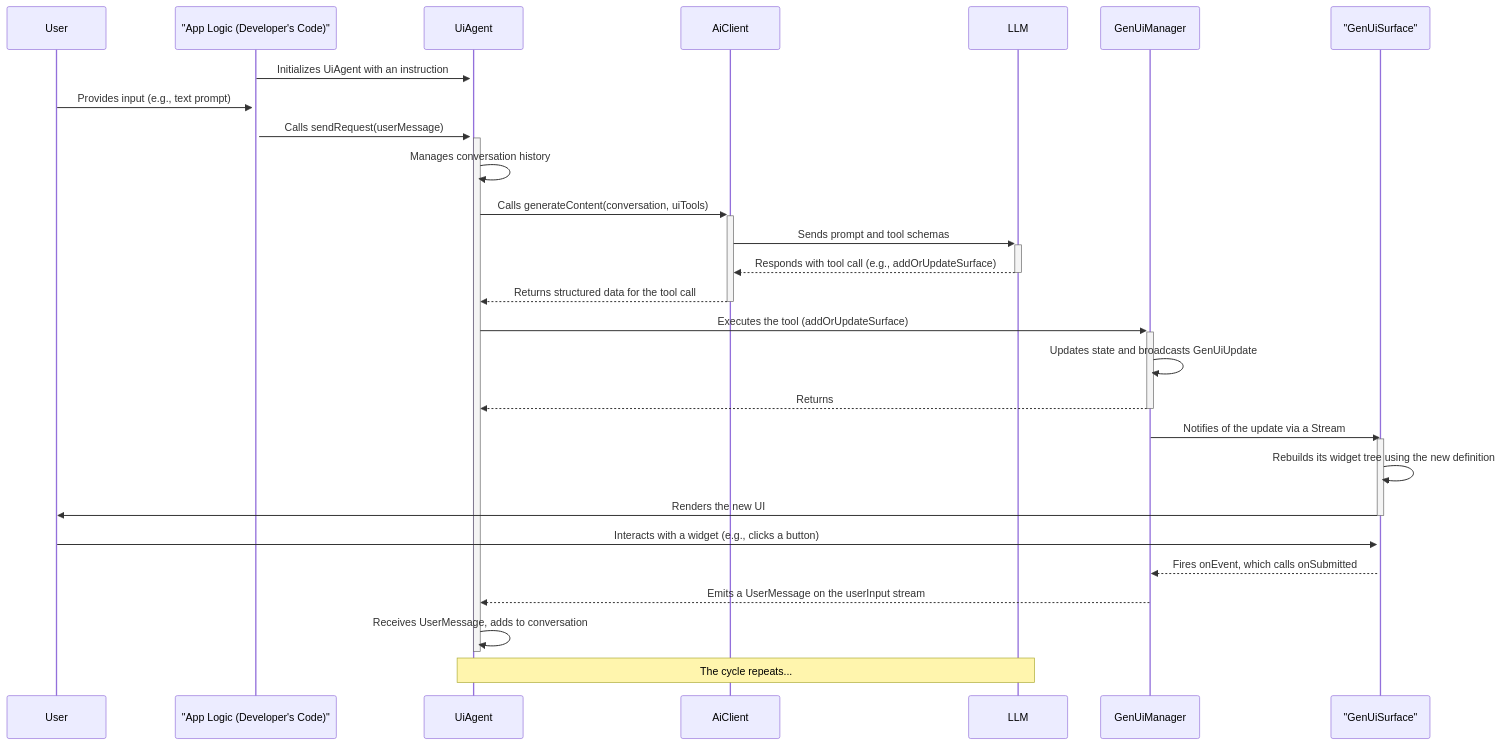
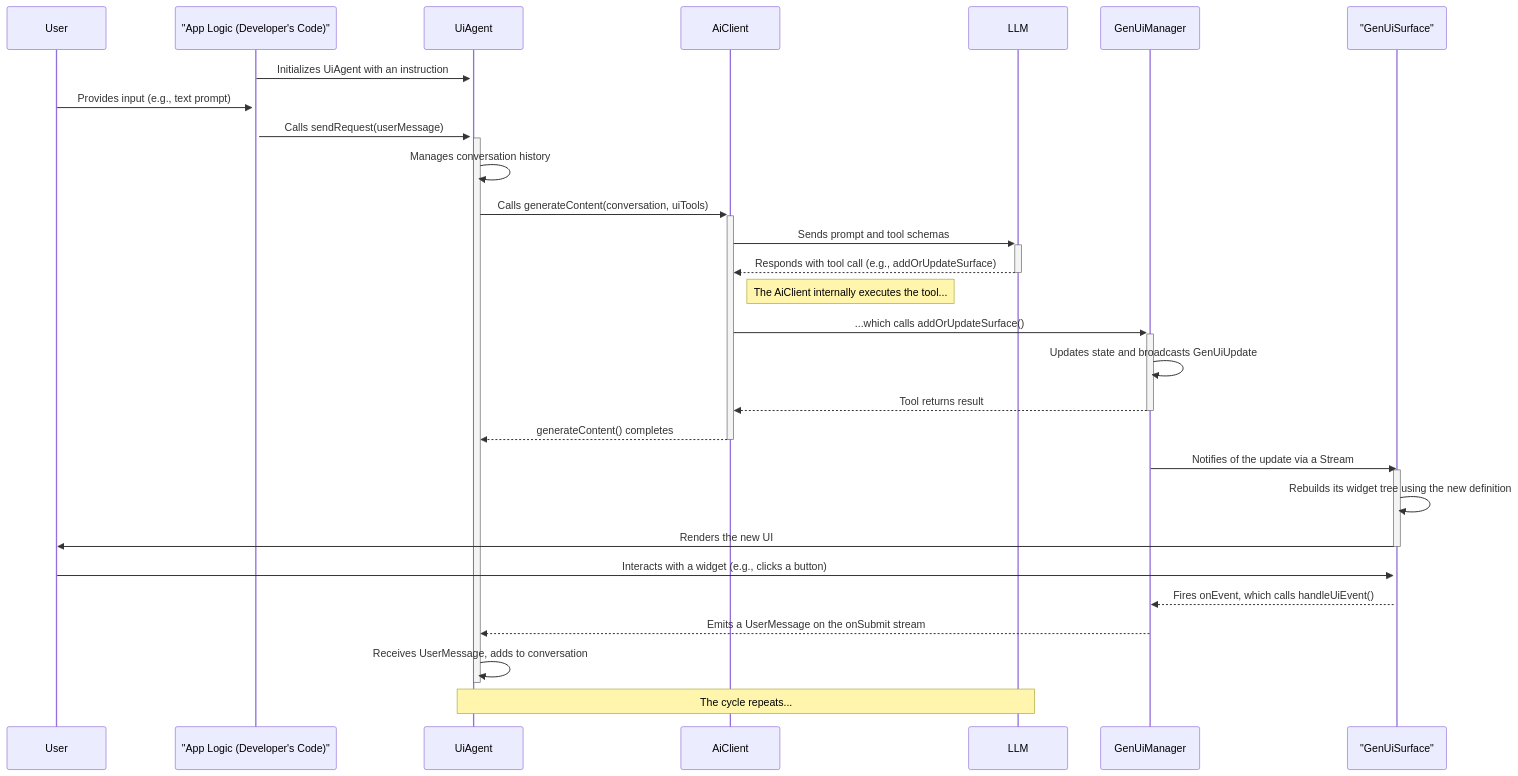
The second of 2 diagrams in packages/flutter_genui/IMPLEMENTATION.md (sethladd/genui), drawn with Mermaid before and after one commit. The commit also changed other lines of this file and 2 other files, not shown here.

````diff
--- a/packages/flutter_genui/IMPLEMENTATION.md
+++ b/packages/flutter_genui/IMPLEMENTATION.md
@@ -94,39 +99,40 @@
 ```mermaid
 sequenceDiagram
     participant User
     participant AppLogic as "App Logic (Developer's Code)"
     participant UiAgent
     participant AiClient
     participant LLM
     participant GenUiManager
     participant GenUiSurface as "GenUiSurface"
 
     AppLogic->>+UiAgent: Initializes UiAgent with an instruction
 
     User->>+AppLogic: Provides input (e.g., text prompt)
     AppLogic->>+UiAgent: Calls sendRequest(userMessage)
     UiAgent->>UiAgent: Manages conversation history
     UiAgent->>+AiClient: Calls generateContent(conversation, uiTools)
     AiClient->>+LLM: Sends prompt and tool schemas
     LLM-->>-AiClient: Responds with tool call (e.g., addOrUpdateSurface)
-    AiClient-->>-UiAgent: Returns structured data for the tool call
 
-    UiAgent->>+GenUiManager: Executes the tool (addOrUpdateSurface)
+    Note right of AiClient: The AiClient internally executes the tool...
+    AiClient->>+GenUiManager: ...which calls addOrUpdateSurface()
     GenUiManager->>GenUiManager: Updates state and broadcasts GenUiUpdate
-    GenUiManager-->>-UiAgent: Returns
+    GenUiManager-->>-AiClient: Tool returns result
+    AiClient-->>-UiAgent: generateContent() completes
 
     %% The UI updates asynchronously based on the stream
     GenUiManager->>GenUiSurface: Notifies of the update via a Stream
     activate GenUiSurface
     GenUiSurface->>GenUiSurface: Rebuilds its widget tree using the new definition
     GenUiSurface->>User: Renders the new UI
     deactivate GenUiSurface
 
     %% Later, the user interacts
     User->>+GenUiSurface: Interacts with a widget (e.g., clicks a button)
-    GenUiSurface-->>GenUiManager: Fires onEvent, which calls onSubmitted
-    GenUiManager-->>UiAgent: Emits a UserMessage on the userInput stream
+    GenUiSurface-->>GenUiManager: Fires onEvent, which calls handleUiEvent()
+    GenUiManager-->>UiAgent: Emits a UserMessage on the onSubmit stream
     UiAgent->>UiAgent: Receives UserMessage, adds to conversation
     deactivate UiAgent
     Note over UiAgent, LLM: The cycle repeats...
 ```
````
